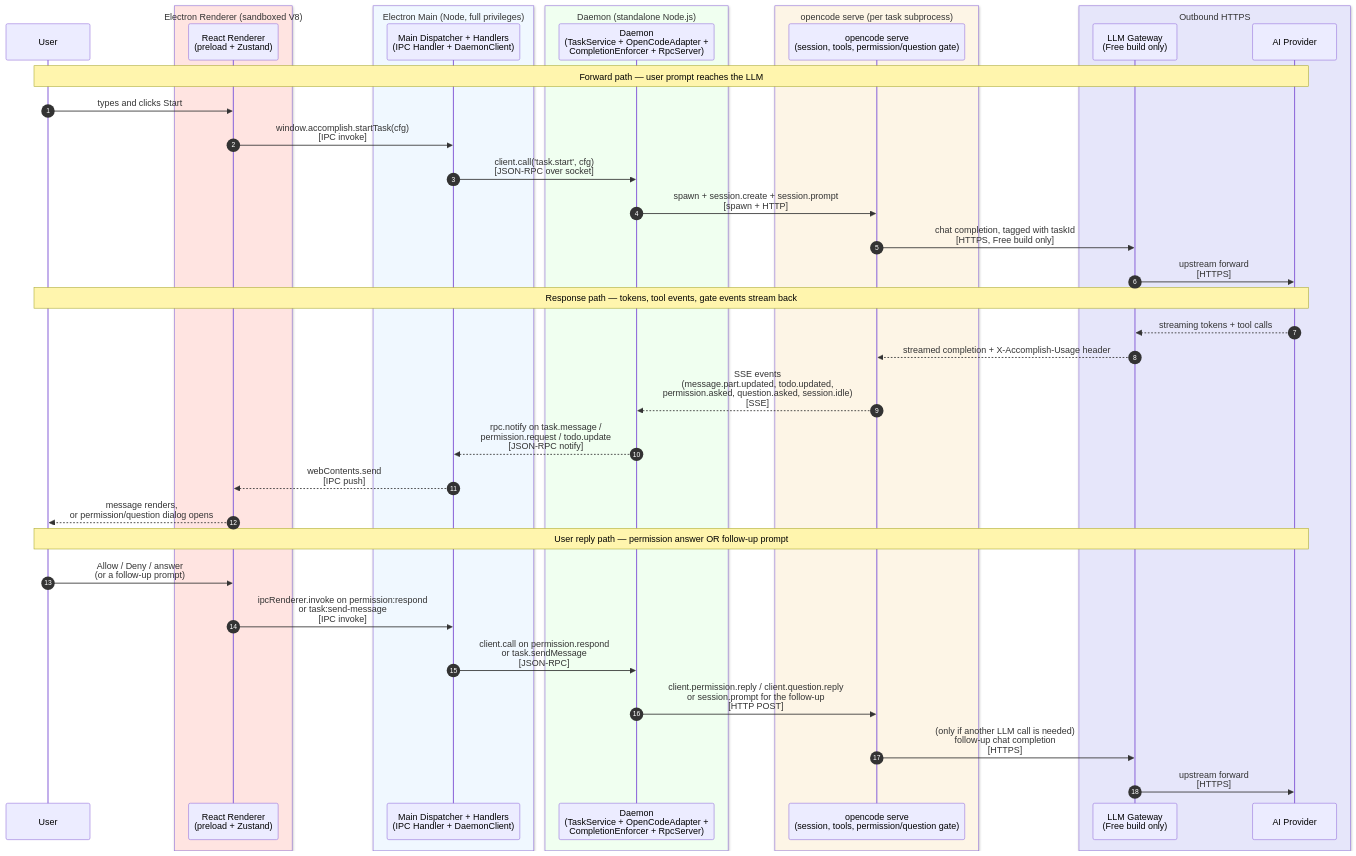
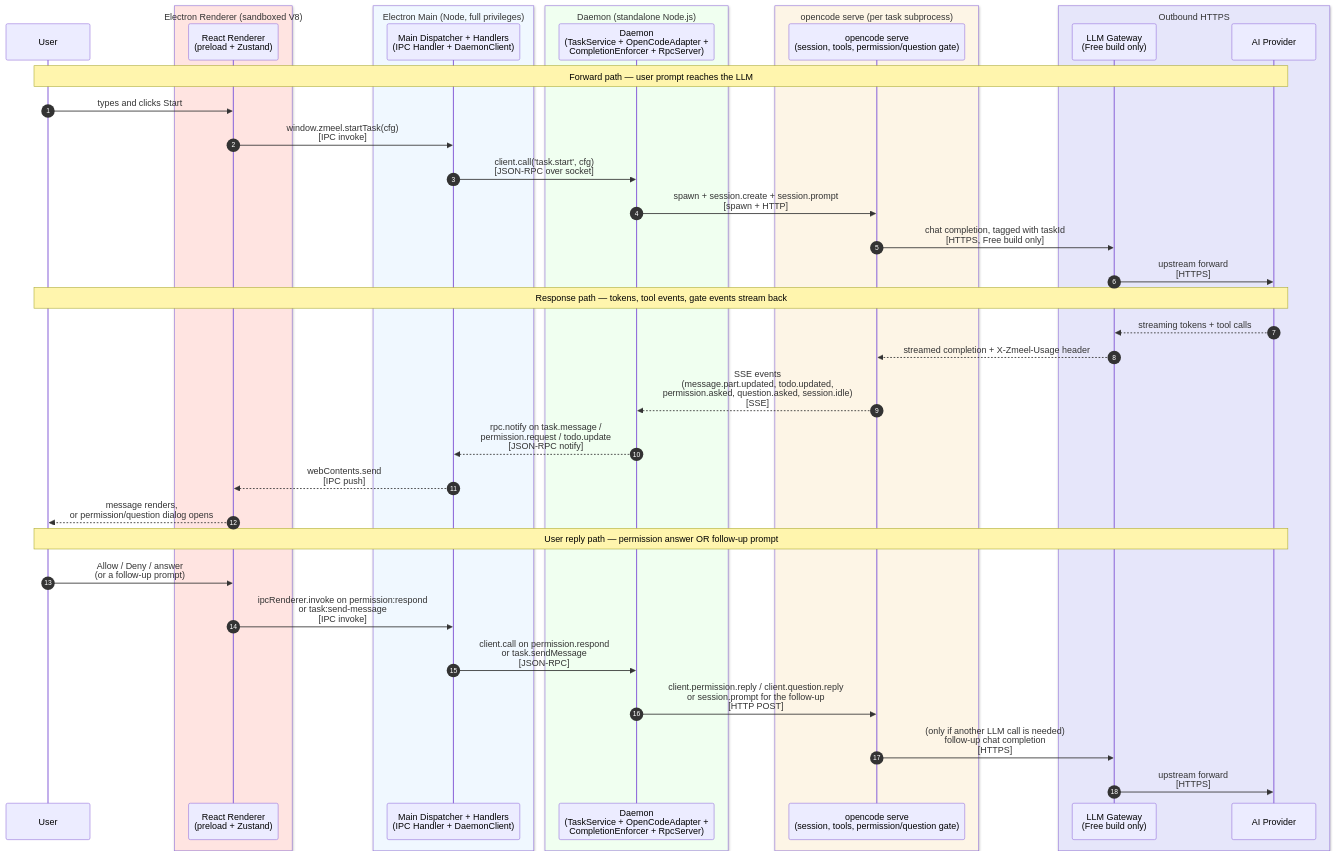
The first of 10 diagrams in docs/functional-sequence-diagrams.md (samskipsai/zmeelv60), drawn with Mermaid before and after one commit. The commit also changed other lines of this file and 520 other files, not shown here.

First line of the commit message:
rebrand: Accomplish -> Zmeel Desktop

````diff
--- a/docs/functional-sequence-diagrams.md
+++ b/docs/functional-sequence-diagrams.md
@@ -28,51 +28,51 @@
 ```mermaid
 sequenceDiagram
     autonumber
 
     participant User
 
     box mistyrose Electron Renderer (sandboxed V8)
       participant R as React Renderer<br/>(preload + Zustand)
     end
 
     box aliceblue Electron Main (Node, full privileges)
       participant M as Main Dispatcher + Handlers<br/>(IPC Handler + DaemonClient)
     end
 
     box honeydew Daemon (standalone Node.js)
       participant D as Daemon<br/>(TaskService + OpenCodeAdapter +<br/>CompletionEnforcer + RpcServer)
     end
 
     box oldlace opencode serve (per task subprocess)
       participant OC as opencode serve<br/>(session, tools, permission/question gate)
     end
 
     box lavender Outbound HTTPS
       participant GW as LLM Gateway<br/>(Free build only)
       participant LLM as AI Provider
     end
 
     Note over User,LLM: Forward path — user prompt reaches the LLM
     User->>R: types and clicks Start
-    R->>M: window.accomplish.startTask(cfg)<br/>[IPC invoke]
+    R->>M: window.zmeel.startTask(cfg)<br/>[IPC invoke]
     M->>D: client.call('task.start', cfg)<br/>[JSON-RPC over socket]
     D->>OC: spawn + session.create + session.prompt<br/>[spawn + HTTP]
     OC->>GW: chat completion, tagged with taskId<br/>[HTTPS, Free build only]
     GW->>LLM: upstream forward<br/>[HTTPS]
 
     Note over User,LLM: Response path — tokens, tool events, gate events stream back
     LLM-->>GW: streaming tokens + tool calls
-    GW-->>OC: streamed completion + X-Accomplish-Usage header
+    GW-->>OC: streamed completion + X-Zmeel-Usage header
     OC-->>D: SSE events<br/>(message.part.updated, todo.updated,<br/>permission.asked, question.asked, session.idle)<br/>[SSE]
     D-->>M: rpc.notify on task.message /<br/>permission.request / todo.update<br/>[JSON-RPC notify]
     M-->>R: webContents.send<br/>[IPC push]
     R-->>User: message renders,<br/>or permission/question dialog opens
 
     Note over User,LLM: User reply path — permission answer OR follow-up prompt
     User->>R: Allow / Deny / answer<br/>(or a follow-up prompt)
     R->>M: ipcRenderer.invoke on permission:respond<br/>or task:send-message<br/>[IPC invoke]
     M->>D: client.call on permission.respond<br/>or task.sendMessage<br/>[JSON-RPC]
     D->>OC: client.permission.reply / client.question.reply<br/>or session.prompt for the follow-up<br/>[HTTP POST]
     OC->>GW: (only if another LLM call is needed)<br/>follow-up chat completion<br/>[HTTPS]
     GW->>LLM: upstream forward<br/>[HTTPS]
 ```
````
